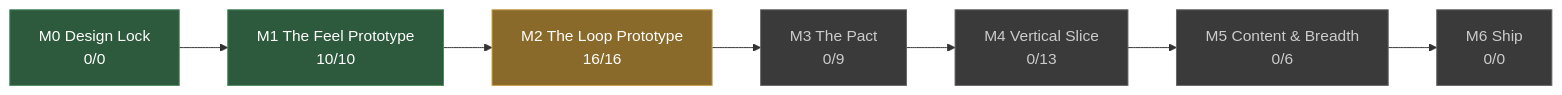
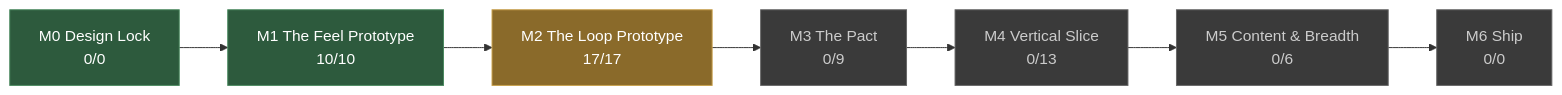
One commit to JoshuaGessner/she changed the diagram in docs/STATUS.md. Above: the diagram before and after it, drawn with Mermaid. The commit also changed other lines of this file and 6 other files, not shown here.

````diff
--- a/docs/STATUS.md
+++ b/docs/STATUS.md
@@ -13,19 +13,19 @@
 ```mermaid
 flowchart LR
   M0["M0 Design Lock<br/>0/0"]:::passed
   M1["M1 The Feel Prototype<br/>10/10"]:::passed
   M0 --> M1
-  M2["M2 The Loop Prototype<br/>16/16"]:::current
+  M2["M2 The Loop Prototype<br/>17/17"]:::current
   M1 --> M2
   M3["M3 The Pact<br/>0/9"]:::ahead
   M2 --> M3
   M4["M4 Vertical Slice<br/>0/13"]:::ahead
   M3 --> M4
   M5["M5 Content & Breadth<br/>0/6"]:::ahead
   M4 --> M5
   M6["M6 Ship<br/>0/0"]:::ahead
   M5 --> M6
   classDef passed fill:#2d5a3d,stroke:#4a8a5f,color:#fff
   classDef current fill:#8a6a2a,stroke:#c8a04a,color:#fff
   classDef ahead fill:#3a3a3a,stroke:#666,color:#ccc
 ```
````
